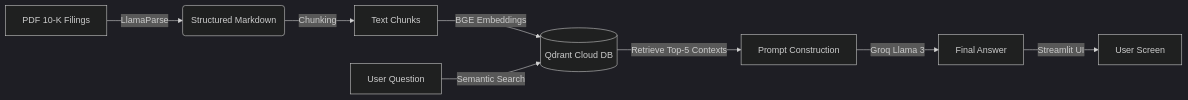
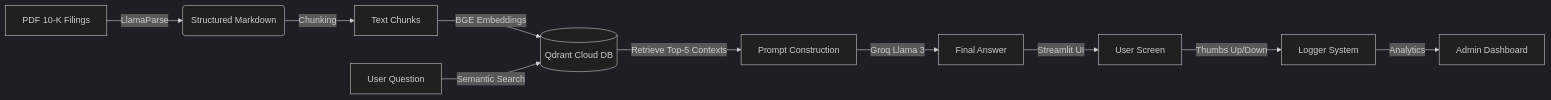
One commit to SIYAM1809/Financial-RAG-Analyst changed the diagram in README.md. Above: the diagram before and after it, drawn with Mermaid (dark theme). The commit also changed other lines of this file, not shown here.

````diff
--- a/README.md
+++ b/README.md
@@ -34,10 +44,12 @@
 ```mermaid
 graph LR
     A[PDF 10-K Filings] -->|LlamaParse| B(Structured Markdown)
     B -->|Chunking| C[Text Chunks]
     C -->|BGE Embeddings| D[(Qdrant Cloud DB)]
     E[User Question] -->|Semantic Search| D
     D -->|Retrieve Top-5 Contexts| F[Prompt Construction]
     F -->|Groq Llama 3| G[Final Answer]
     G -->|Streamlit UI| H[User Screen]
+    H -->|Thumbs Up/Down| I[Logger System]
+    I -->|Analytics| J[Admin Dashboard]
 ```
````
